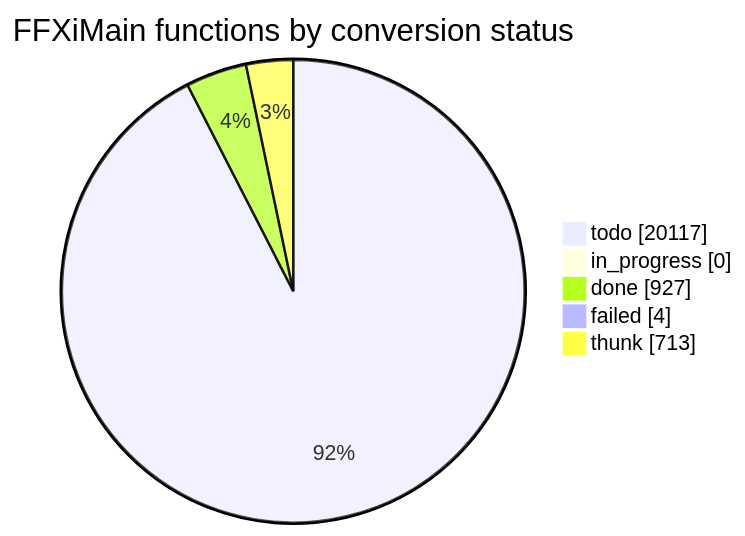
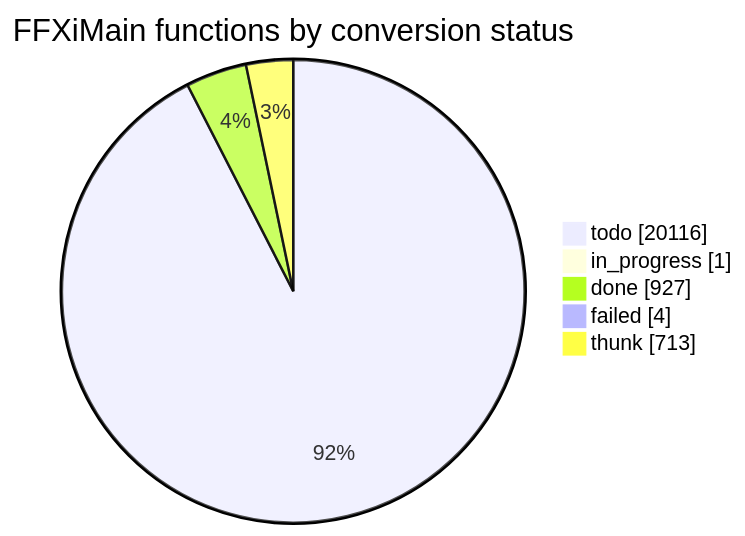
Before and after one commit to cowrevenge/cow_kuluu_xi_anything: the diagram in docs/cow/STATUS.md, drawn with Mermaid. The commit also changed other lines of this file and 7 other files, not shown here.

````diff
--- a/docs/cow/STATUS.md
+++ b/docs/cow/STATUS.md
@@ -18,9 +18,9 @@
 ```mermaid
 pie showData
     title FFXiMain functions by conversion status
-    "todo" : 20117
-    "in_progress" : 0
+    "todo" : 20116
+    "in_progress" : 1
     "done" : 927
     "failed" : 4
     "thunk" : 713
 ```
````
